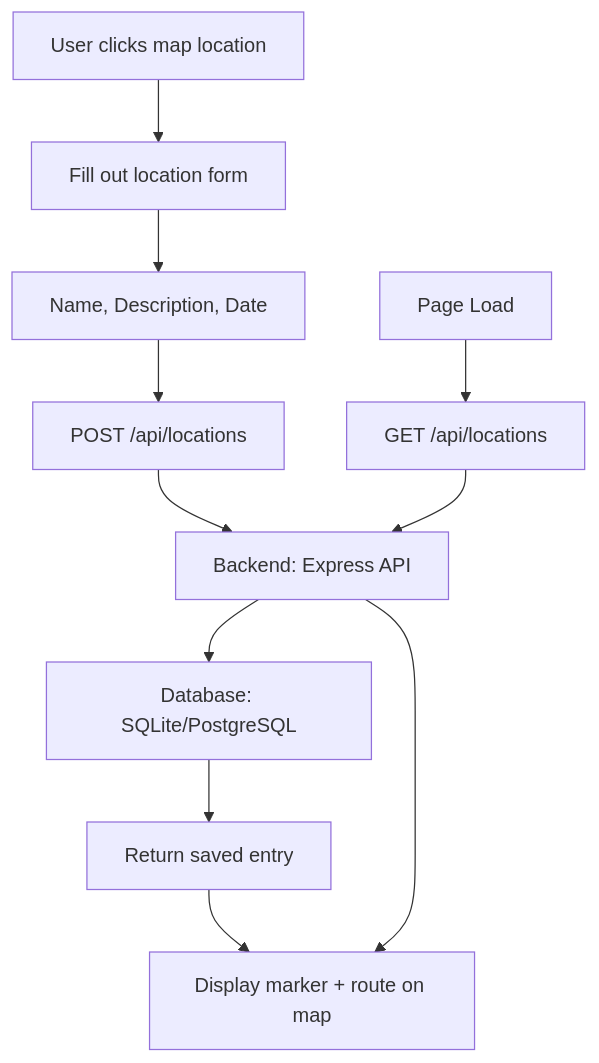
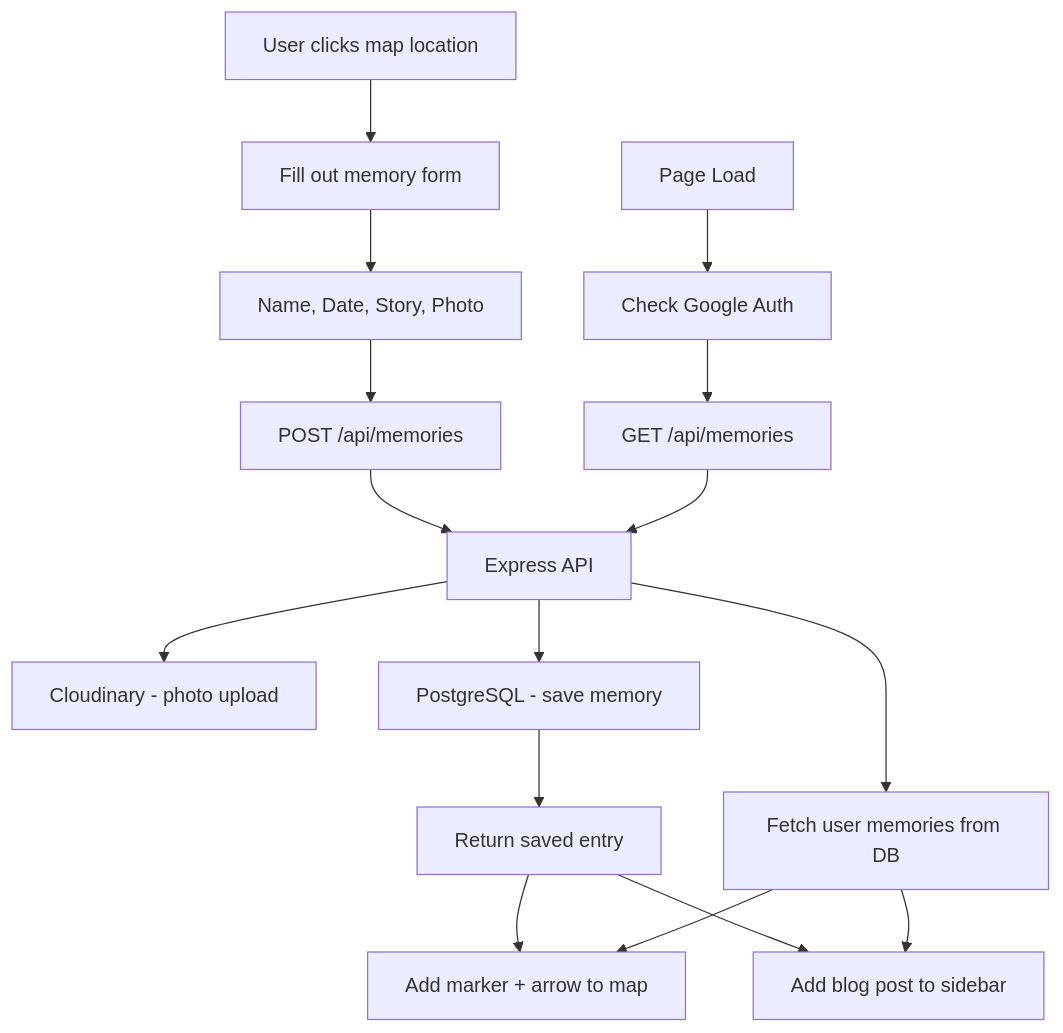
Before and after one commit to sjbmcg/tra-travels: the diagram in README.md, drawn with Mermaid. The commit also changed other lines of this file, not shown here.

Commit message:
update README with live site, architecture diagram, local setup and deploy instructions

````diff
--- a/README.md
+++ b/README.md
@@ -6,13 +25,19 @@
 ```mermaid
 graph TD
-    A[User clicks map location] --> B[Fill out location form]
-    B --> C[Name, Description, Date]
-    C --> D[POST /api/locations]
-    D --> E[Backend: Express API]
-    E --> F[Database: SQLite/PostgreSQL]
-    F --> G[Return saved entry]
-    G --> H[Display marker + route on map]
-    I[Page Load] --> J[GET /api/locations]
-    J --> E
-    E --> H
+    A[User clicks map location] --> B[Fill out memory form]
+    B --> C[Name, Date, Story, Photo]
+    C --> D[POST /api/memories]
+    D --> E[Express API]
+    E --> F[Cloudinary - photo upload]
+    E --> G[PostgreSQL - save memory]
+    G --> H[Return saved entry]
+    H --> I[Add marker + arrow to map]
+    H --> J[Add blog post to sidebar]
+
+    K[Page Load] --> L[Check Google Auth]
+    L --> M[GET /api/memories]
+    M --> E
+    E --> N[Fetch user memories from DB]
+    N --> I
+    N --> J
 ```
````
